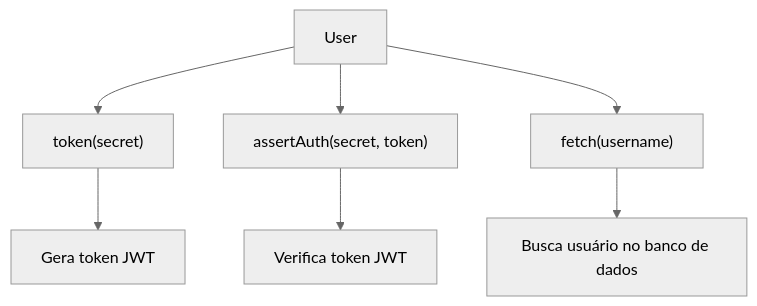
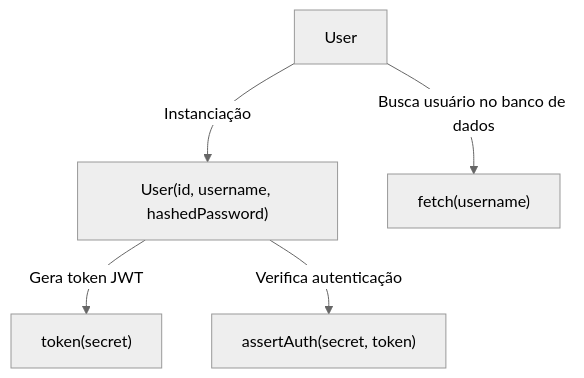
Before and after one commit to gftaimpact/demo-java-citi: the first of 2 diagrams in wiki/src/test/java/com/scalesec/vulnado/User.java.md, drawn with Mermaid (neutral theme). The commit also changed other lines of this file and 1 other file, not shown here.

````diff
--- a/wiki/src/test/java/com/scalesec/vulnado/User.java.md
+++ b/wiki/src/test/java/com/scalesec/vulnado/User.java.md
@@ -7,9 +7,7 @@
 ```mermaid
 graph TD
-    A[User] --> B["token(secret)"]
-    A --> C["assertAuth(secret, token)"]
-    A --> D["fetch(username)"]
-    B --> E["Gera token JWT"]
-    C --> F["Verifica token JWT"]
-    D --> G["Busca usuário no banco de dados"]
+  User --> |"Instanciação"| User_Object["User(id, username, hashedPassword)"]
+  User_Object --> |"Gera token JWT"| token_method["token(secret)"]
+  User_Object --> |"Verifica autenticação"| assertAuth_method["assertAuth(secret, token)"]
+  User --> |"Busca usuário no banco de dados"| fetch_method["fetch(username)"]
 ```
````
